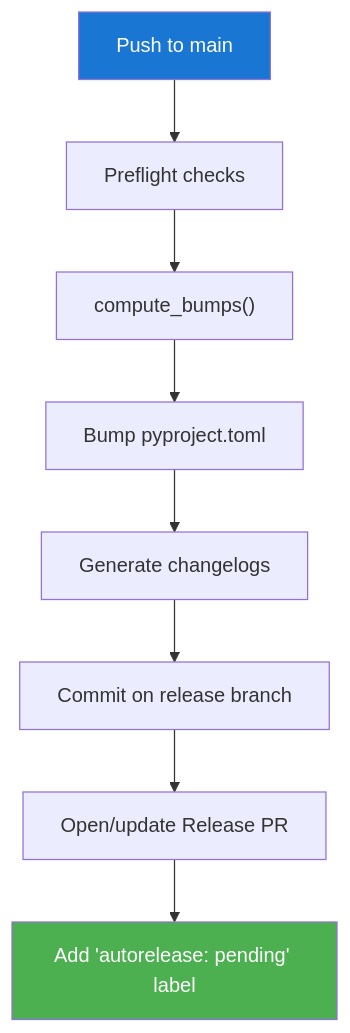
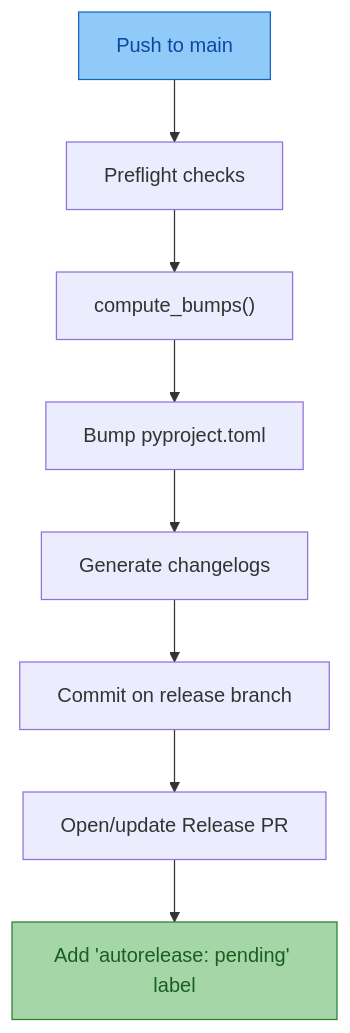
The second of 2 diagrams in tools/releasekit/docs/docs/reference/cli.md (genkit-ai/genkit-python), drawn with Mermaid before and after one commit. The commit also changed other lines of this file and 208 other files, not shown here.

````diff
--- a/tools/releasekit/docs/docs/reference/cli.md
+++ b/tools/releasekit/docs/docs/reference/cli.md
@@ -142,13 +138,13 @@
 ```mermaid
 graph TD
     A["Push to main"] --> B["Preflight checks"]
     B --> C["compute_bumps()"]
     C --> D["Bump pyproject.toml"]
     D --> E["Generate changelogs"]
     E --> F["Commit on release branch"]
     F --> G["Open/update Release PR"]
     G --> H["Add 'autorelease: pending' label"]
 
-    style A fill:#1976d2,color:#fff
-    style H fill:#4caf50,color:#fff
+    style A fill:#90caf9,stroke:#1565c0,color:#0d47a1
+    style H fill:#a5d6a7,stroke:#2e7d32,color:#1b5e20
 ```
````
